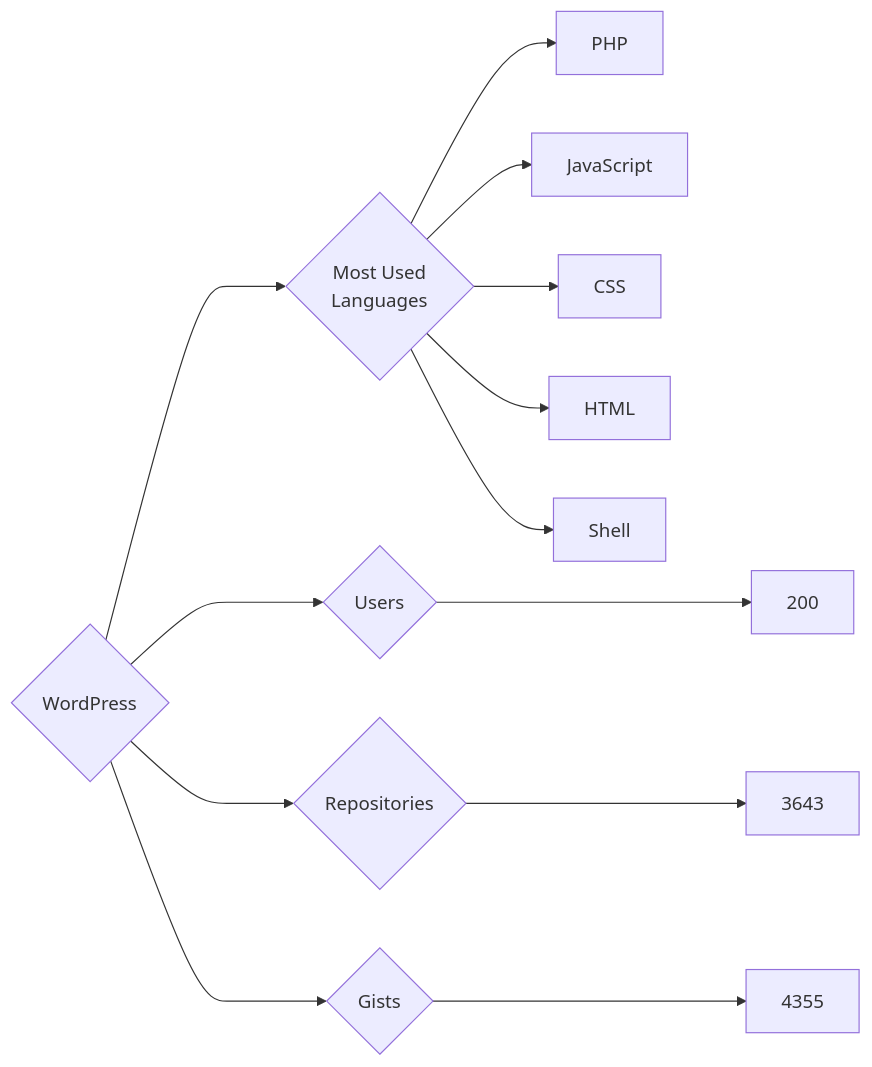
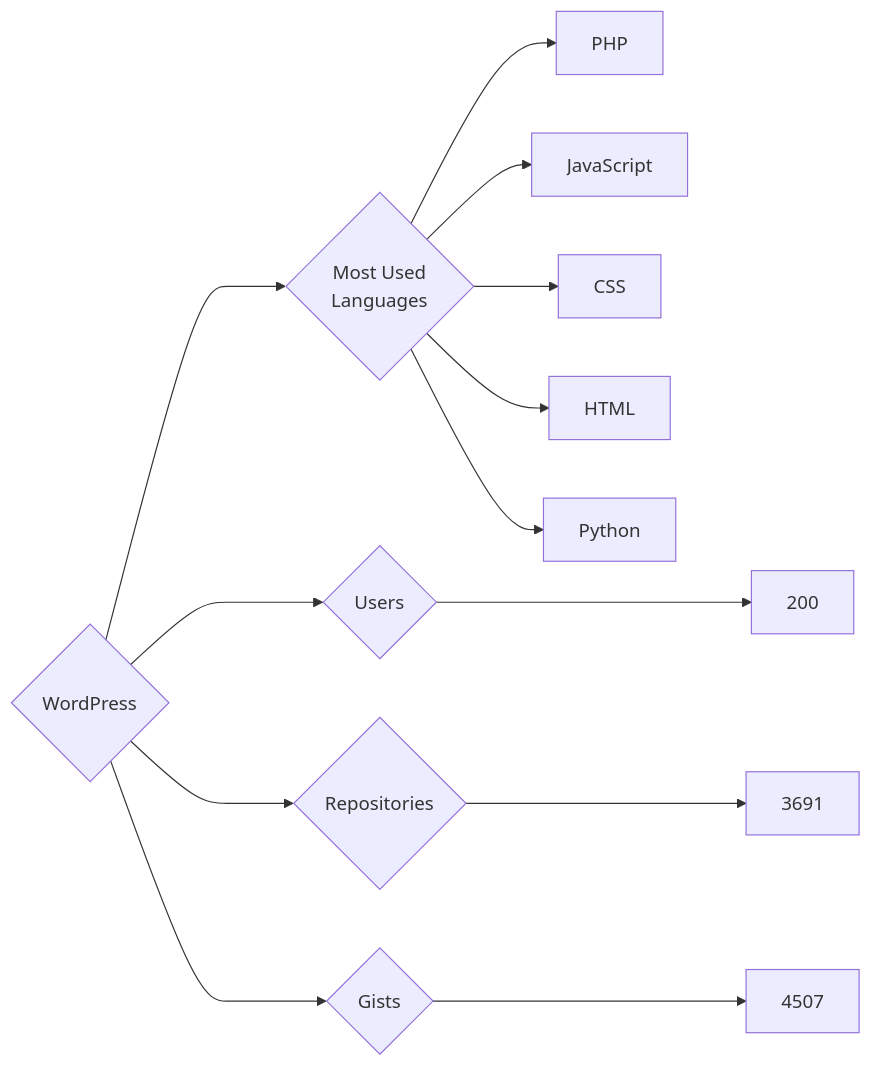
The diagram in targets/WordPress/README.md (trickest/insiders), drawn with Mermaid before and after one commit. The commit also changed 928 other files, not shown here.

````diff
--- a/targets/WordPress/README.md
+++ b/targets/WordPress/README.md
@@ -3,13 +3,13 @@
 ```mermaid
 graph LR
 COMPANY_NAME{WordPress}
 COMPANY_NAME ---> U{Users} ---> UN[200]
-COMPANY_NAME ---> R{Repositories} ---> RN[3643]
-COMPANY_NAME ---> G{Gists} ---> GN[4355]
+COMPANY_NAME ---> R{Repositories} ---> RN[3691]
+COMPANY_NAME ---> G{Gists} ---> GN[4507]
 COMPANY_NAME ---> ML{Most Used<br>Languages}
 ML --> PHP[PHP]
 ML --> JavaScript[JavaScript]
 ML --> CSS[CSS]
 ML --> HTML[HTML]
-ML --> Shell[Shell]
+ML --> Python[Python]
 ```
````
